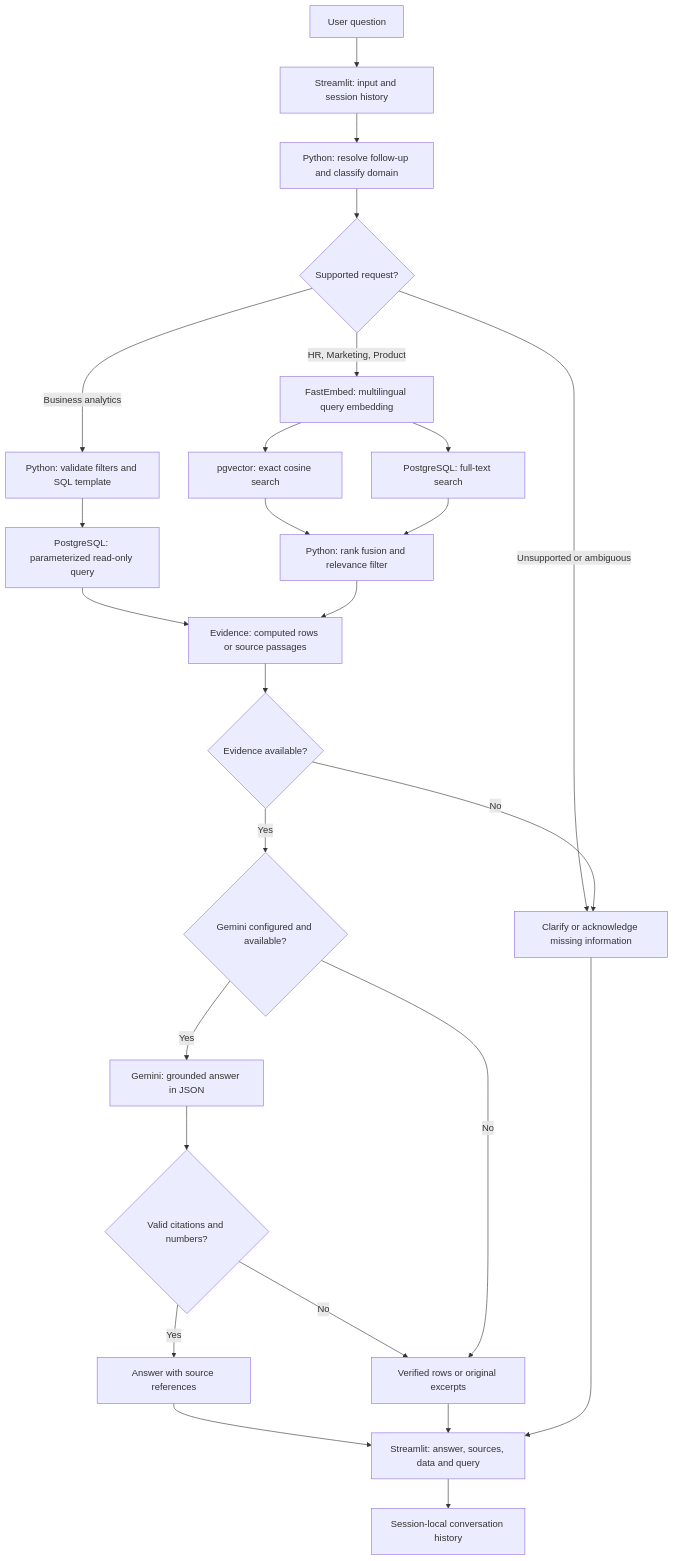
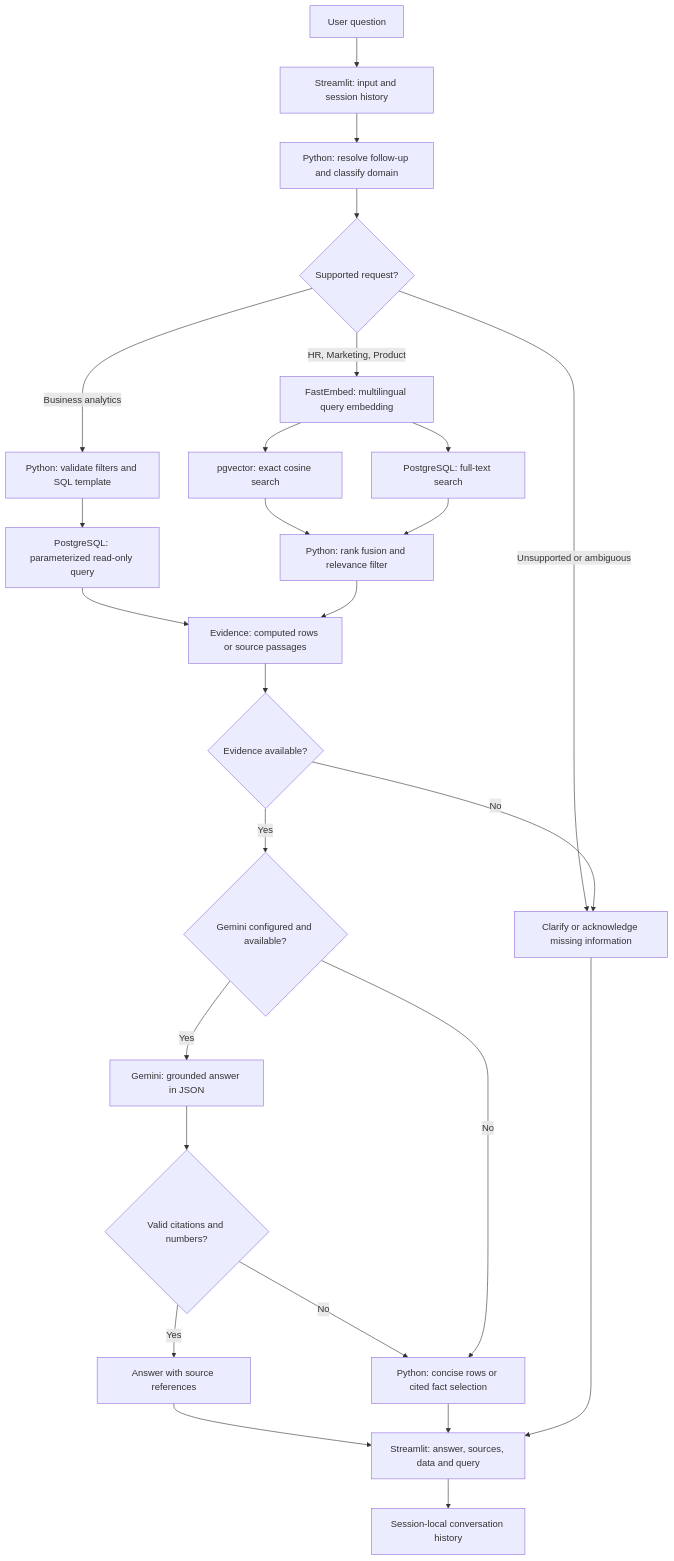
Before and after one commit to gusbakers/enterprise-internal-assistant: the first of 2 diagrams in README.md, drawn with Mermaid. The commit also changed other lines of this file and 7 other files, not shown here.

````diff
--- a/README.md
+++ b/README.md
@@ -15,28 +15,28 @@
 ```mermaid
 flowchart TD
     U["User question"] --> UI["Streamlit: input and session history"]
     UI --> PY["Python: resolve follow-up and classify domain"]
     PY --> KIND{"Supported request?"}
     KIND -->|Business analytics| SQL["Python: validate filters and SQL template"]
     SQL --> DB["PostgreSQL: parameterized read-only query"]
     KIND -->|HR, Marketing, Product| EMB["FastEmbed: multilingual query embedding"]
     EMB --> VEC["pgvector: exact cosine search"]
     EMB --> TXT["PostgreSQL: full-text search"]
     VEC --> RANK["Python: rank fusion and relevance filter"]
     TXT --> RANK
     DB --> E["Evidence: computed rows or source passages"]
     RANK --> E
     KIND -->|Unsupported or ambiguous| STOP["Clarify or acknowledge missing information"]
     E --> CHECK{"Evidence available?"}
     CHECK -->|No| STOP
     CHECK -->|Yes| LLM{"Gemini configured and available?"}
     LLM -->|Yes| GEN["Gemini: grounded answer in JSON"]
     GEN --> VALID{"Valid citations and numbers?"}
     VALID -->|Yes| ANSWER["Answer with source references"]
-    VALID -->|No| FALL["Verified rows or original excerpts"]
+    VALID -->|No| FALL["Python: concise rows or cited fact selection"]
     LLM -->|No| FALL
     ANSWER --> OUT["Streamlit: answer, sources, data and query"]
     FALL --> OUT
     STOP --> OUT
     OUT --> HISTORY["Session-local conversation history"]
 ```
````
